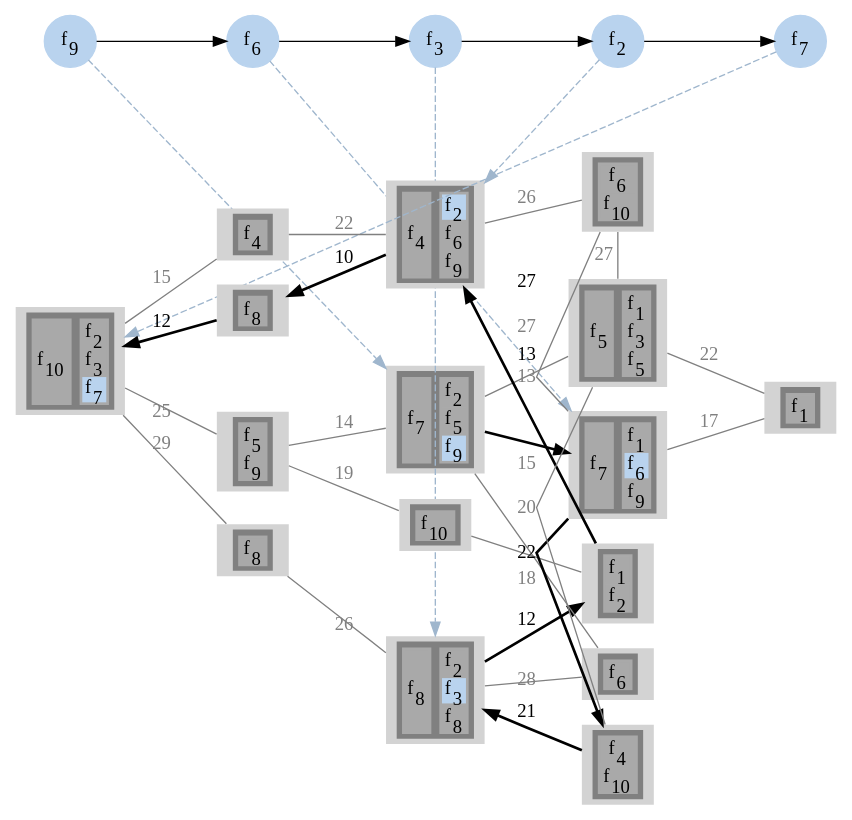
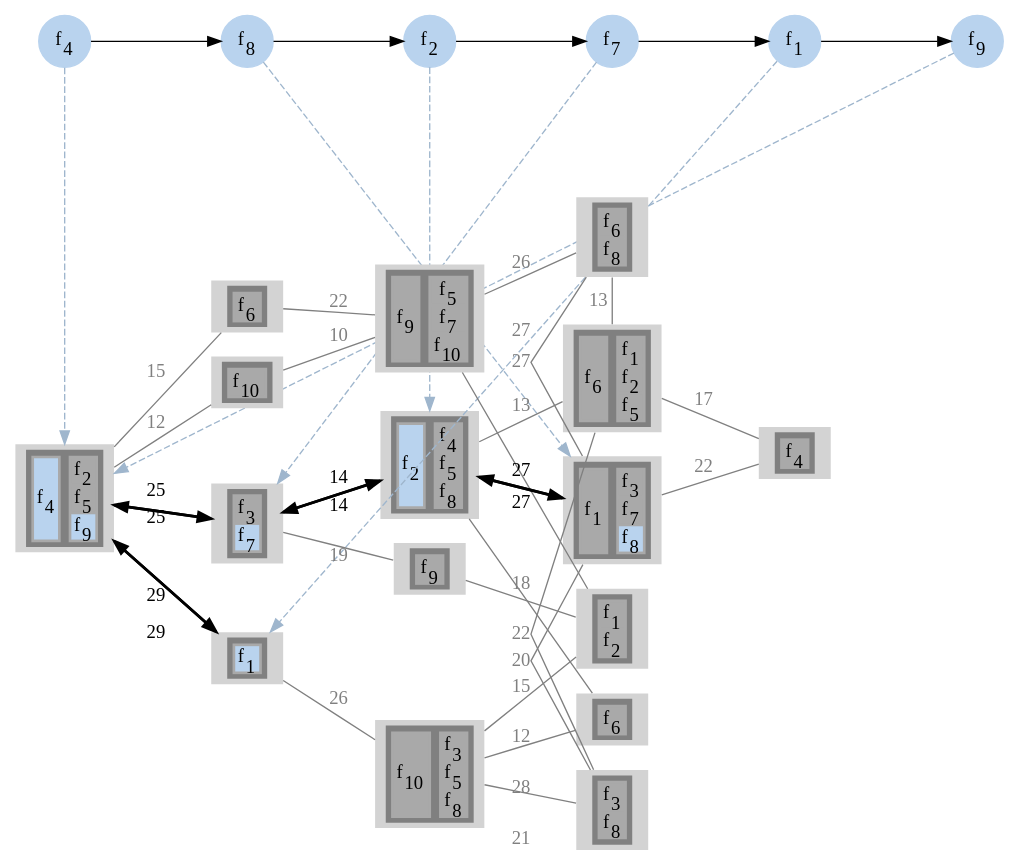
One commit to prateekshyap/SFC_Placement_in_VNF changed the diagram in output/sevenReliabilityOne/gv/sfcAssgn17.gv. Above: the diagram before and after it, drawn with Graphviz. The commit also changed 80 other files, not shown here.

```diff
--- a/output/sevenReliabilityOne/gv/sfcAssgn17.gv
+++ b/output/sevenReliabilityOne/gv/sfcAssgn17.gv
@@ -5,20 +5,23 @@
 subgraph sfc
 {
 node [shape=circle]
-{rank = same; f9; };
-{rank = same; f6; };
-{rank = same; f3; };
+{rank = same; f4; };
+{rank = same; f8; };
 {rank = same; f2; };
 {rank = same; f7; };
-f9[style=filled label=<f<SUB>9</SUB>> color="slategray2"]
-f6[style=filled label=<f<SUB>6</SUB>> color="slategray2"]
-f3[style=filled label=<f<SUB>3</SUB>> color="slategray2"]
+{rank = same; f1; };
+{rank = same; f9; };
+f4[style=filled label=<f<SUB>4</SUB>> color="slategray2"]
+f8[style=filled label=<f<SUB>8</SUB>> color="slategray2"]
 f2[style=filled label=<f<SUB>2</SUB>> color="slategray2"]
 f7[style=filled label=<f<SUB>7</SUB>> color="slategray2"]
-f9 -> f6
-f6 -> f3
-f3 -> f2
+f1[style=filled label=<f<SUB>1</SUB>> color="slategray2"]
+f9[style=filled label=<f<SUB>9</SUB>> color="slategray2"]
+f4 -> f8
+f8 -> f2
 f2 -> f7
+f7 -> f1
+f1 -> f9
 }
 subgraph network
 {
@@ -28,176 +31,95 @@
 {rank = same; 4; 6; 7; 9; };
 {rank = same; 5; 11; 10; 14; 12; 13; };
 {rank = same; 16; };
+1[style=filled
+label=<
+<TABLE BORDER="0" BGCOLOR="gray">
+<TR>
+<TD>
+<TABLE BORDER="0" BGCOLOR="darkgray">
+<TR><TD PORT="f13" BGCOLOR="slategray2">f<SUB>4</SUB></TD></TR>
+</TABLE>
+</TD>
+<TD>
+<TABLE BORDER="0" BGCOLOR="darkgray">
+<TR><TD PORT="f8" BGCOLOR="darkgray">f<SUB>2</SUB></TD></TR>
+<TR><TD PORT="f20" BGCOLOR="darkgray">f<SUB>5</SUB></TD></TR>
+<TR><TD PORT="f35" BGCOLOR="slategray2">f<SUB>9</SUB></TD></TR>
+</TABLE>
+</TD>
+</TR>
+</TABLE>>]
+
+13[style=filled
+label=<
+<TABLE BORDER="0" BGCOLOR="gray">
+<TR>
+<TD>
+<TABLE BORDER="0" BGCOLOR="darkgray">
+<TR><TD PORT="f3" BGCOLOR="darkgray">f<SUB>1</SUB></TD></TR>
+</TABLE>
+</TD>
+<TD>
+<TABLE BORDER="0" BGCOLOR="darkgray">
+<TR><TD PORT="f12" BGCOLOR="darkgray">f<SUB>3</SUB></TD></TR>
+<TR><TD PORT="f26" BGCOLOR="darkgray">f<SUB>7</SUB></TD></TR>
+<TR><TD PORT="f31" BGCOLOR="slategray2">f<SUB>8</SUB></TD></TR>
+</TABLE>
+</TD>
+</TR>
+</TABLE>>]
+
+13[style=filled
+label=<
+<TABLE BORDER="0" BGCOLOR="gray">
+<TR>
+<TD>
+<TABLE BORDER="0" BGCOLOR="darkgray">
+<TR><TD PORT="f3" BGCOLOR="darkgray">f<SUB>1</SUB></TD></TR>
+</TABLE>
+</TD>
+<TD>
+<TABLE BORDER="0" BGCOLOR="darkgray">
+<TR><TD PORT="f12" BGCOLOR="darkgray">f<SUB>3</SUB></TD></TR>
+<TR><TD PORT="f26" BGCOLOR="darkgray">f<SUB>7</SUB></TD></TR>
+<TR><TD PORT="f31" BGCOLOR="slategray2">f<SUB>8</SUB></TD></TR>
+</TABLE>
+</TD>
+</TR>
+</TABLE>>]
+
 9[style=filled
 label=<
 <TABLE BORDER="0" BGCOLOR="gray">
 <TR>
 <TD>
 <TABLE BORDER="0" BGCOLOR="darkgray">
-<TR><TD PORT="f24" BGCOLOR="darkgray">f<SUB>7</SUB></TD></TR>
+<TR><TD PORT="f6" BGCOLOR="slategray2">f<SUB>2</SUB></TD></TR>
 </TABLE>
 </TD>
 <TD>
 <TABLE BORDER="0" BGCOLOR="darkgray">
-<TR><TD PORT="f6" BGCOLOR="darkgray">f<SUB>2</SUB></TD></TR>
-<TR><TD PORT="f16" BGCOLOR="darkgray">f<SUB>5</SUB></TD></TR>
-<TR><TD PORT="f32" BGCOLOR="slategray2">f<SUB>9</SUB></TD></TR>
+<TR><TD PORT="f15" BGCOLOR="darkgray">f<SUB>4</SUB></TD></TR>
+<TR><TD PORT="f18" BGCOLOR="darkgray">f<SUB>5</SUB></TD></TR>
+<TR><TD PORT="f29" BGCOLOR="darkgray">f<SUB>8</SUB></TD></TR>
 </TABLE>
 </TD>
 </TR>
 </TABLE>>]
 
-12[style=filled
+9[style=filled
 label=<
 <TABLE BORDER="0" BGCOLOR="gray">
 <TR>
 <TD>
 <TABLE BORDER="0" BGCOLOR="darkgray">
-<TR><TD PORT="f25" BGCOLOR="darkgray">f<SUB>7</SUB></TD></TR>
+<TR><TD PORT="f6" BGCOLOR="slategray2">f<SUB>2</SUB></TD></TR>
 </TABLE>
 </TD>
 <TD>
 <TABLE BORDER="0" BGCOLOR="darkgray">
-<TR><TD PORT="f2" BGCOLOR="darkgray">f<SUB>1</SUB></TD></TR>
-<TR><TD PORT="f22" BGCOLOR="slategray2">f<SUB>6</SUB></TD></TR>
-<TR><TD PORT="f33" BGCOLOR="darkgray">f<SUB>9</SUB></TD></TR>
-</TABLE>
-</TD>
-</TR>
-</TABLE>>]
-
-12[style=filled
-label=<
-<TABLE BORDER="0" BGCOLOR="gray">
-<TR>
-<TD>
-<TABLE BORDER="0" BGCOLOR="darkgray">
-<TR><TD PORT="f25" BGCOLOR="darkgray">f<SUB>7</SUB></TD></TR>
-</TABLE>
-</TD>
-<TD>
-<TABLE BORDER="0" BGCOLOR="darkgray">
-<TR><TD PORT="f2" BGCOLOR="darkgray">f<SUB>1</SUB></TD></TR>
-<TR><TD PORT="f22" BGCOLOR="slategray2">f<SUB>6</SUB></TD></TR>
-<TR><TD PORT="f33" BGCOLOR="darkgray">f<SUB>9</SUB></TD></TR>
-</TABLE>
-</TD>
-</TR>
-</TABLE>>]
-
-6[style=filled
-label=<
-<TABLE BORDER="0" BGCOLOR="gray">
-<TR>
-<TD>
-<TABLE BORDER="0" BGCOLOR="darkgray">
-<TR><TD PORT="f27" BGCOLOR="darkgray">f<SUB>8</SUB></TD></TR>
-</TABLE>
-</TD>
-<TD>
-<TABLE BORDER="0" BGCOLOR="darkgray">
-<TR><TD PORT="f9" BGCOLOR="darkgray">f<SUB>2</SUB></TD></TR>
-<TR><TD PORT="f10" BGCOLOR="slategray2">f<SUB>3</SUB></TD></TR>
-<TR><TD PORT="f30" BGCOLOR="darkgray">f<SUB>8</SUB></TD></TR>
-</TABLE>
-</TD>
-</TR>
-</TABLE>>]
-
-6[style=filled
-label=<
-<TABLE BORDER="0" BGCOLOR="gray">
-<TR>
-<TD>
-<TABLE BORDER="0" BGCOLOR="darkgray">
-<TR><TD PORT="f27" BGCOLOR="darkgray">f<SUB>8</SUB></TD></TR>
-</TABLE>
-</TD>
-<TD>
-<TABLE BORDER="0" BGCOLOR="darkgray">
-<TR><TD PORT="f9" BGCOLOR="darkgray">f<SUB>2</SUB></TD></TR>
-<TR><TD PORT="f10" BGCOLOR="slategray2">f<SUB>3</SUB></TD></TR>
-<TR><TD PORT="f30" BGCOLOR="darkgray">f<SUB>8</SUB></TD></TR>
-</TABLE>
-</TD>
-</TR>
-</TABLE>>]
-
-4[style=filled
-label=<
-<TABLE BORDER="0" BGCOLOR="gray">
-<TR>
-<TD>
-<TABLE BORDER="0" BGCOLOR="darkgray">
 <TR><TD PORT="f15" BGCOLOR="darkgray">f<SUB>4</SUB></TD></TR>
-</TABLE>
-</TD>
-<TD>
-<TABLE BORDER="0" BGCOLOR="darkgray">
-<TR><TD PORT="f8" BGCOLOR="slategray2">f<SUB>2</SUB></TD></TR>
-<TR><TD PORT="f21" BGCOLOR="darkgray">f<SUB>6</SUB></TD></TR>
-<TR><TD PORT="f31" BGCOLOR="darkgray">f<SUB>9</SUB></TD></TR>
-</TABLE>
-</TD>
-</TR>
-</TABLE>>]
-
-4[style=filled
-label=<
-<TABLE BORDER="0" BGCOLOR="gray">
-<TR>
-<TD>
-<TABLE BORDER="0" BGCOLOR="darkgray">
-<TR><TD PORT="f15" BGCOLOR="darkgray">f<SUB>4</SUB></TD></TR>
-</TABLE>
-</TD>
-<TD>
-<TABLE BORDER="0" BGCOLOR="darkgray">
-<TR><TD PORT="f8" BGCOLOR="slategray2">f<SUB>2</SUB></TD></TR>
-<TR><TD PORT="f21" BGCOLOR="darkgray">f<SUB>6</SUB></TD></TR>
-<TR><TD PORT="f31" BGCOLOR="darkgray">f<SUB>9</SUB></TD></TR>
-</TABLE>
-</TD>
-</TR>
-</TABLE>>]
-
-1[style=filled
-label=<
-<TABLE BORDER="0" BGCOLOR="gray">
-<TR>
-<TD>
-<TABLE BORDER="0" BGCOLOR="darkgray">
-<TR><TD PORT="f35" BGCOLOR="darkgray">f<SUB>10</SUB></TD></TR>
-</TABLE>
-</TD>
-<TD>
-<TABLE BORDER="0" BGCOLOR="darkgray">
-<TR><TD PORT="f7" BGCOLOR="darkgray">f<SUB>2</SUB></TD></TR>
-<TR><TD PORT="f11" BGCOLOR="darkgray">f<SUB>3</SUB></TD></TR>
-<TR><TD PORT="f26" BGCOLOR="slategray2">f<SUB>7</SUB></TD></TR>
-</TABLE>
-</TD>
-</TR>
-</TABLE>>]
-
-2[style=filled
-label=<
-<TABLE BORDER="0" BGCOLOR="gray">
-<TR>
-<TD>
-<TABLE BORDER="0" BGCOLOR="darkgray">
-<TR><TD PORT="f28" BGCOLOR="darkgray">f<SUB>8</SUB></TD></TR>
-</TABLE>
-</TD>
-</TR>
-</TABLE>>]
-
-3[style=filled
-label=<
-<TABLE BORDER="0" BGCOLOR="gray">
-<TR>
-<TD>
-<TABLE BORDER="0" BGCOLOR="darkgray">
+<TR><TD PORT="f18" BGCOLOR="darkgray">f<SUB>5</SUB></TD></TR>
 <TR><TD PORT="f29" BGCOLOR="darkgray">f<SUB>8</SUB></TD></TR>
 </TABLE>
 </TD>
@@ -210,8 +132,57 @@
 <TR>
 <TD>
 <TABLE BORDER="0" BGCOLOR="darkgray">
-<TR><TD PORT="f17" BGCOLOR="darkgray">f<SUB>5</SUB></TD></TR>
-<TR><TD PORT="f34" BGCOLOR="darkgray">f<SUB>9</SUB></TD></TR>
+<TR><TD PORT="f11" BGCOLOR="darkgray">f<SUB>3</SUB></TD></TR>
+<TR><TD PORT="f27" BGCOLOR="slategray2">f<SUB>7</SUB></TD></TR>
+</TABLE>
+</TD>
+</TR>
+</TABLE>>]
+
+8[style=filled
+label=<
+<TABLE BORDER="0" BGCOLOR="gray">
+<TR>
+<TD>
+<TABLE BORDER="0" BGCOLOR="darkgray">
+<TR><TD PORT="f11" BGCOLOR="darkgray">f<SUB>3</SUB></TD></TR>
+<TR><TD PORT="f27" BGCOLOR="slategray2">f<SUB>7</SUB></TD></TR>
+</TABLE>
+</TD>
+</TR>
+</TABLE>>]
+
+3[style=filled
+label=<
+<TABLE BORDER="0" BGCOLOR="gray">
+<TR>
+<TD>
+<TABLE BORDER="0" BGCOLOR="darkgray">
+<TR><TD PORT="f4" BGCOLOR="slategray2">f<SUB>1</SUB></TD></TR>
+</TABLE>
+</TD>
+</TR>
+</TABLE>>]
+
+3[style=filled
+label=<
+<TABLE BORDER="0" BGCOLOR="gray">
+<TR>
+<TD>
+<TABLE BORDER="0" BGCOLOR="darkgray">
+<TR><TD PORT="f4" BGCOLOR="slategray2">f<SUB>1</SUB></TD></TR>
+</TABLE>
+</TD>
+</TR>
+</TABLE>>]
+
+2[style=filled
+label=<
+<TABLE BORDER="0" BGCOLOR="gray">
+<TR>
+<TD>
+<TABLE BORDER="0" BGCOLOR="darkgray">
+<TR><TD PORT="f37" BGCOLOR="darkgray">f<SUB>10</SUB></TD></TR>
 </TABLE>
 </TD>
 </TR>
@@ -223,7 +194,45 @@
 <TR>
 <TD>
 <TABLE BORDER="0" BGCOLOR="darkgray">
-<TR><TD PORT="f14" BGCOLOR="darkgray">f<SUB>4</SUB></TD></TR>
+<TR><TD PORT="f23" BGCOLOR="darkgray">f<SUB>6</SUB></TD></TR>
+</TABLE>
+</TD>
+</TR>
+</TABLE>>]
+
+4[style=filled
+label=<
+<TABLE BORDER="0" BGCOLOR="gray">
+<TR>
+<TD>
+<TABLE BORDER="0" BGCOLOR="darkgray">
+<TR><TD PORT="f34" BGCOLOR="darkgray">f<SUB>9</SUB></TD></TR>
+</TABLE>
+</TD>
+<TD>
+<TABLE BORDER="0" BGCOLOR="darkgray">
+<TR><TD PORT="f19" BGCOLOR="darkgray">f<SUB>5</SUB></TD></TR>
+<TR><TD PORT="f25" BGCOLOR="darkgray">f<SUB>7</SUB></TD></TR>
+<TR><TD PORT="f38" BGCOLOR="darkgray">f<SUB>10</SUB></TD></TR>
+</TABLE>
+</TD>
+</TR>
+</TABLE>>]
+
+6[style=filled
+label=<
+<TABLE BORDER="0" BGCOLOR="gray">
+<TR>
+<TD>
+<TABLE BORDER="0" BGCOLOR="darkgray">
+<TR><TD PORT="f36" BGCOLOR="darkgray">f<SUB>10</SUB></TD></TR>
+</TABLE>
+</TD>
+<TD>
+<TABLE BORDER="0" BGCOLOR="darkgray">
+<TR><TD PORT="f9" BGCOLOR="darkgray">f<SUB>3</SUB></TD></TR>
+<TR><TD PORT="f16" BGCOLOR="darkgray">f<SUB>5</SUB></TD></TR>
+<TR><TD PORT="f28" BGCOLOR="darkgray">f<SUB>8</SUB></TD></TR>
 </TABLE>
 </TD>
 </TR>
@@ -248,8 +257,8 @@
 <TR>
 <TD>
 <TABLE BORDER="0" BGCOLOR="darkgray">
-<TR><TD PORT="f23" BGCOLOR="darkgray">f<SUB>6</SUB></TD></TR>
-<TR><TD PORT="f38" BGCOLOR="darkgray">f<SUB>10</SUB></TD></TR>
+<TR><TD PORT="f24" BGCOLOR="darkgray">f<SUB>6</SUB></TD></TR>
+<TR><TD PORT="f30" BGCOLOR="darkgray">f<SUB>8</SUB></TD></TR>
 </TABLE>
 </TD>
 </TR>
@@ -261,7 +270,7 @@
 <TR>
 <TD>
 <TABLE BORDER="0" BGCOLOR="darkgray">
-<TR><TD PORT="f37" BGCOLOR="darkgray">f<SUB>10</SUB></TD></TR>
+<TR><TD PORT="f33" BGCOLOR="darkgray">f<SUB>9</SUB></TD></TR>
 </TABLE>
 </TD>
 </TR>
@@ -273,7 +282,7 @@
 <TR>
 <TD>
 <TABLE BORDER="0" BGCOLOR="darkgray">
-<TR><TD PORT="f20" BGCOLOR="darkgray">f<SUB>6</SUB></TD></TR>
+<TR><TD PORT="f21" BGCOLOR="darkgray">f<SUB>6</SUB></TD></TR>
 </TABLE>
 </TD>
 </TR>
@@ -285,27 +294,27 @@
 <TR>
 <TD>
 <TABLE BORDER="0" BGCOLOR="darkgray">
-<TR><TD PORT="f13" BGCOLOR="darkgray">f<SUB>4</SUB></TD></TR>
-<TR><TD PORT="f36" BGCOLOR="darkgray">f<SUB>10</SUB></TD></TR>
+<TR><TD PORT="f10" BGCOLOR="darkgray">f<SUB>3</SUB></TD></TR>
+<TR><TD PORT="f32" BGCOLOR="darkgray">f<SUB>8</SUB></TD></TR>
 </TABLE>
 </TD>
 </TR>
 </TABLE>>]
 
-13[style=filled
+12[style=filled
 label=<
 <TABLE BORDER="0" BGCOLOR="gray">
 <TR>
 <TD>
 <TABLE BORDER="0" BGCOLOR="darkgray">
-<TR><TD PORT="f18" BGCOLOR="darkgray">f<SUB>5</SUB></TD></TR>
+<TR><TD PORT="f22" BGCOLOR="darkgray">f<SUB>6</SUB></TD></TR>
 </TABLE>
 </TD>
 <TD>
 <TABLE BORDER="0" BGCOLOR="darkgray">
-<TR><TD PORT="f3" BGCOLOR="darkgray">f<SUB>1</SUB></TD></TR>
-<TR><TD PORT="f12" BGCOLOR="darkgray">f<SUB>3</SUB></TD></TR>
-<TR><TD PORT="f19" BGCOLOR="darkgray">f<SUB>5</SUB></TD></TR>
+<TR><TD PORT="f2" BGCOLOR="darkgray">f<SUB>1</SUB></TD></TR>
+<TR><TD PORT="f7" BGCOLOR="darkgray">f<SUB>2</SUB></TD></TR>
+<TR><TD PORT="f17" BGCOLOR="darkgray">f<SUB>5</SUB></TD></TR>
 </TABLE>
 </TD>
 </TR>
@@ -317,41 +326,46 @@
 <TR>
 <TD>
 <TABLE BORDER="0" BGCOLOR="darkgray">
-<TR><TD PORT="f4" BGCOLOR="darkgray">f<SUB>1</SUB></TD></TR>
+<TR><TD PORT="f14" BGCOLOR="darkgray">f<SUB>4</SUB></TD></TR>
 </TABLE>
 </TD>
 </TR>
 </TABLE>>]
 
-9 -> 12[label="13" color="black" penwidth=2]
-12 -> 14[label="22" color="black" penwidth=2]
-14 -> 6[label="21" color="black" penwidth=2]
-6 -> 5[label="12" color="black" penwidth=2]
-5 -> 4[label="27" color="black" penwidth=2]
-4 -> 2[label="10" color="black" penwidth=2]
-2 -> 1[label="12" color="black" penwidth=2]
-1 -> 3[label="29" color="gray" fontcolor="gray" dir = none]
-1 -> 8[label="25" color="gray" fontcolor="gray" dir = none]
+1 -> 8[label="25" color="black" penwidth=2]
+8 -> 9[label="14" color="black" penwidth=2]
+9 -> 13[label="27" color="black" penwidth=2]
+13 -> 9[label="27" color="black" penwidth=2]
+9 -> 8[label="14" color="black" penwidth=2]
+8 -> 1[label="25" color="black" penwidth=2]
+1 -> 3[label="29" color="black" penwidth=2]
+3 -> 1[label="29" color="black" penwidth=2]
+1 -> 2[label="12" color="gray" fontcolor="gray" dir = none]
 1 -> 15[label="15" color="gray" fontcolor="gray" dir = none]
+2 -> 4[label="10" color="gray" fontcolor="gray" dir = none]
 3 -> 6[label="26" color="gray" fontcolor="gray" dir = none]
+4 -> 5[label="27" color="gray" fontcolor="gray" dir = none]
 4 -> 11[label="26" color="gray" fontcolor="gray" dir = none]
 4 -> 15[label="22" color="gray" fontcolor="gray" dir = none]
+5 -> 6[label="12" color="gray" fontcolor="gray" dir = none]
 5 -> 7[label="18" color="gray" fontcolor="gray" dir = none]
 6 -> 10[label="28" color="gray" fontcolor="gray" dir = none]
+6 -> 14[label="21" color="gray" fontcolor="gray" dir = none]
 7 -> 8[label="19" color="gray" fontcolor="gray" dir = none]
-8 -> 9[label="14" color="gray" fontcolor="gray" dir = none]
 9 -> 10[label="15" color="gray" fontcolor="gray" dir = none]
-9 -> 13[label="27" color="gray" fontcolor="gray" dir = none]
+9 -> 12[label="13" color="gray" fontcolor="gray" dir = none]
 11 -> 12[label="13" color="gray" fontcolor="gray" dir = none]
 11 -> 13[label="27" color="gray" fontcolor="gray" dir = none]
+12 -> 14[label="22" color="gray" fontcolor="gray" dir = none]
 12 -> 16[label="17" color="gray" fontcolor="gray" dir = none]
 13 -> 14[label="20" color="gray" fontcolor="gray" dir = none]
 13 -> 16[label="22" color="gray" fontcolor="gray" dir = none]
 }
 splines=false
-f9 -> 9[color="slategray3" style=dashed constraint=false]
-f6 -> 12[color="slategray3" style=dashed constraint=false]
-f3 -> 6[color="slategray3" style=dashed constraint=false]
-f2 -> 4[color="slategray3" style=dashed constraint=false]
-f7 -> 1[color="slategray3" style=dashed constraint=false]
+f4 -> 1[color="slategray3" style=dashed constraint=false]
+f8 -> 13[color="slategray3" style=dashed constraint=false]
+f2 -> 9[color="slategray3" style=dashed constraint=false]
+f7 -> 8[color="slategray3" style=dashed constraint=false]
+f1 -> 3[color="slategray3" style=dashed constraint=false]
+f9 -> 1[color="slategray3" style=dashed constraint=false]
 }
```
